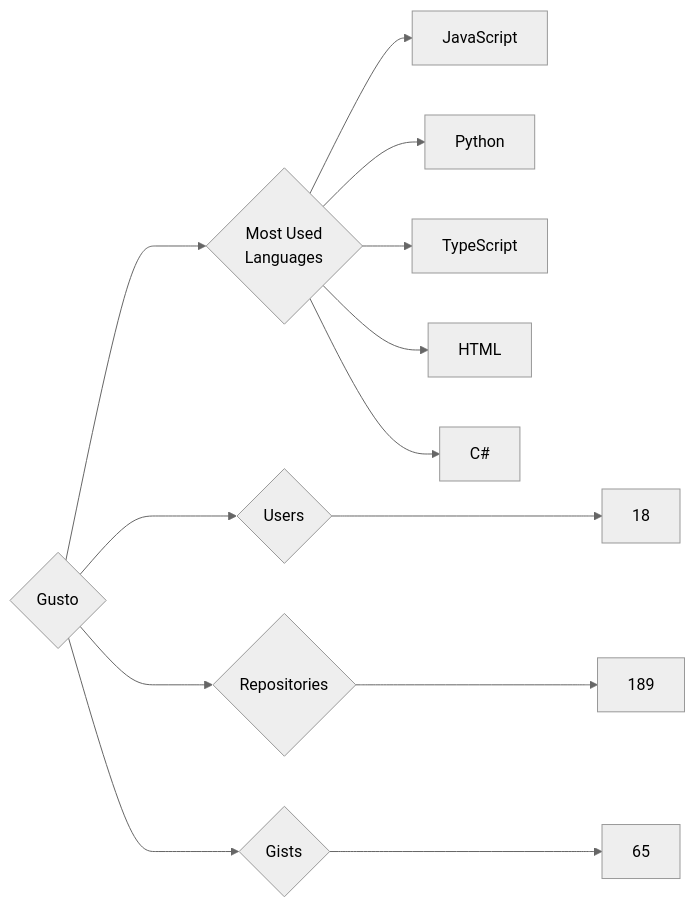
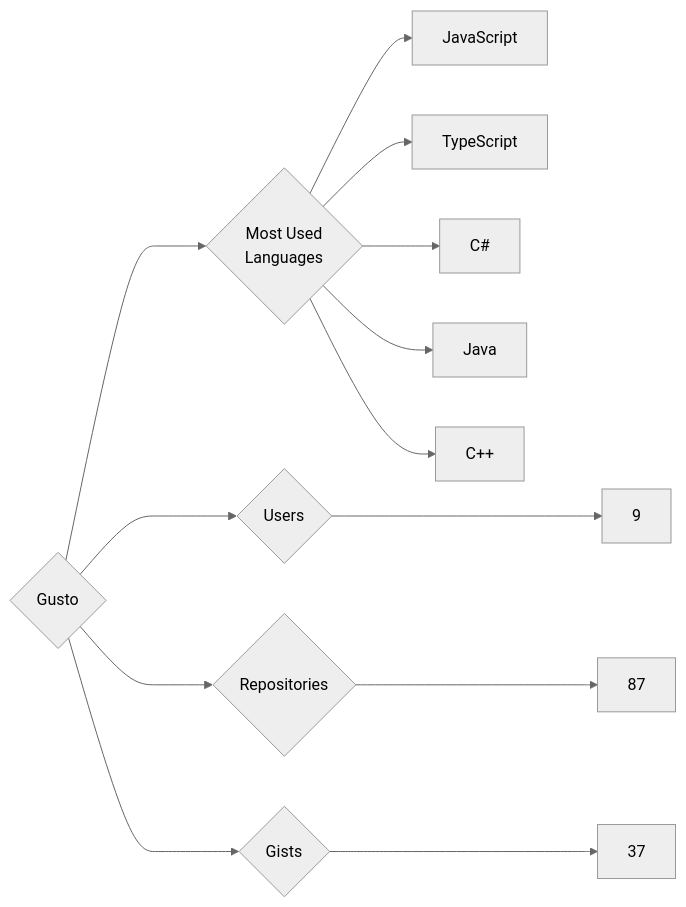
Before and after one commit to trickest/insiders: the diagram in targets/Gusto/README.md, drawn with Mermaid (neutral theme). The commit also changed 715 other files, not shown here.

````diff
--- a/targets/Gusto/README.md
+++ b/targets/Gusto/README.md
@@ -3,13 +3,13 @@
 ```mermaid
 graph LR
 COMPANY_NAME{Gusto}
-COMPANY_NAME ---> U{Users} ---> UN[18]
-COMPANY_NAME ---> R{Repositories} ---> RN[189]
-COMPANY_NAME ---> G{Gists} ---> GN[65]
+COMPANY_NAME ---> U{Users} ---> UN[9]
+COMPANY_NAME ---> R{Repositories} ---> RN[87]
+COMPANY_NAME ---> G{Gists} ---> GN[37]
 COMPANY_NAME ---> ML{Most Used<br>Languages}
 ML --> JavaScript[JavaScript]
-ML --> Python[Python]
 ML --> TypeScript[TypeScript]
-ML --> HTML[HTML]
 ML --> C#[C#]
+ML --> Java[Java]
+ML --> C++[C++]
 ```
````
